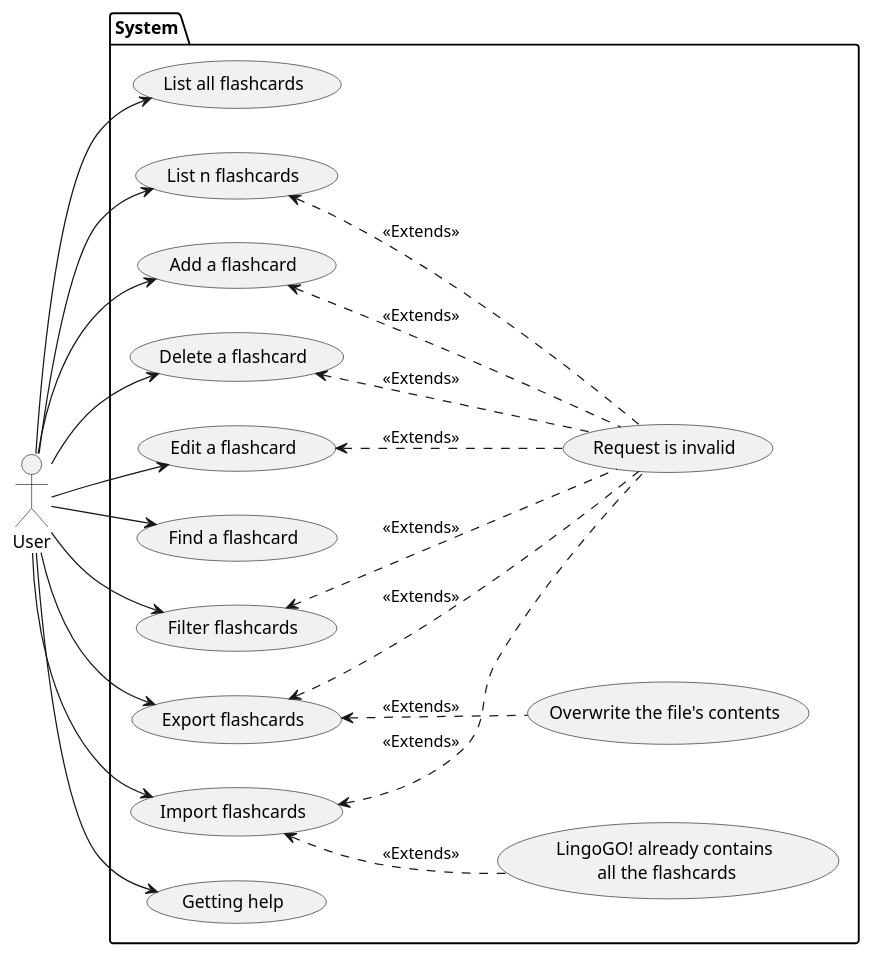
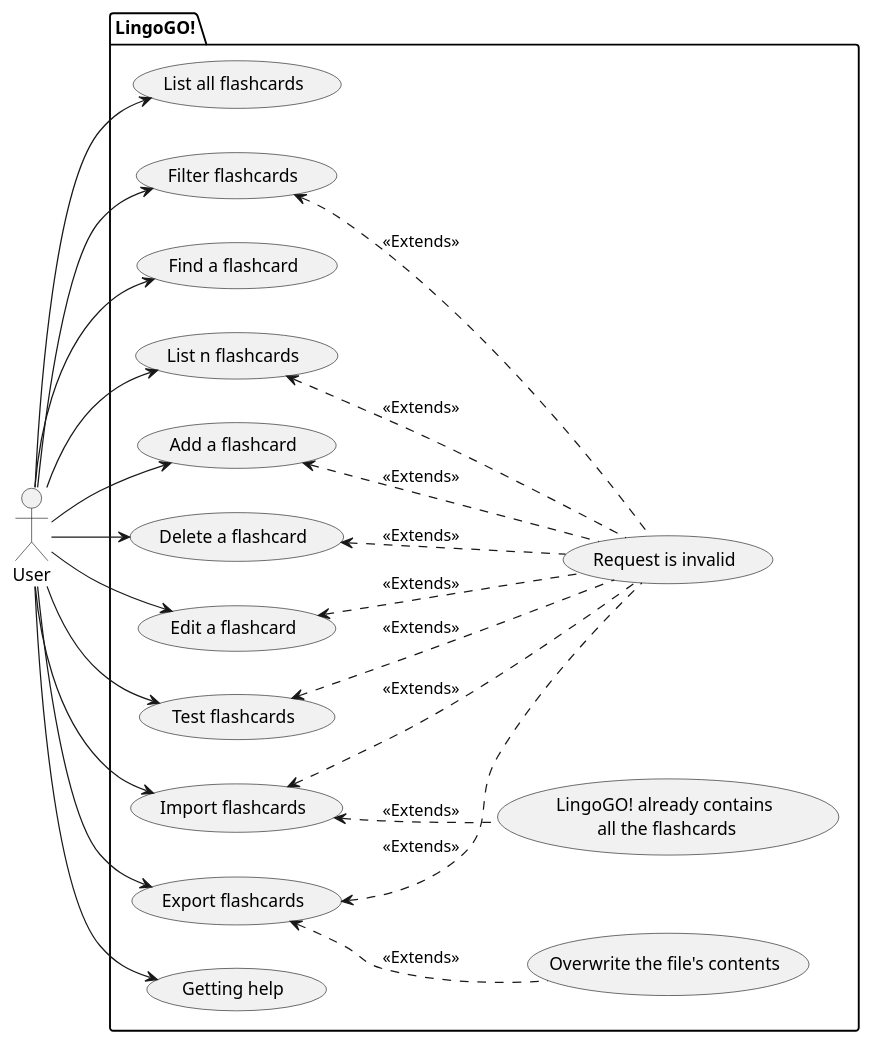
One commit to sharmainec/tp changed the diagram in docs/diagrams/UseCaseDiagram.puml. Above: the diagram before and after it, drawn with PlantUML. The commit also changed 2 other files, not shown here.

Commit message:
Edit use case diagram and preamble

```diff
--- a/docs/diagrams/UseCaseDiagram.puml
+++ b/docs/diagrams/UseCaseDiagram.puml
@@ -1,40 +1,44 @@
 @startuml
 left to right direction
 actor User as g
 
-package System {
+package LingoGO! {
   usecase "List all flashcards" as UC1
+  usecase "Filter flashcards" as UC7
+  usecase "Find a flashcard" as UC6
   usecase "List n flashcards" as UC2
   usecase "Add a flashcard" as UC3
   usecase "Delete a flashcard" as UC4
   usecase "Edit a flashcard" as UC5
-  usecase "Find a flashcard" as UC6
-  usecase "Filter flashcards" as UC7
+  usecase "Test flashcards" as UC14
   usecase "Import flashcards" as UC8
   usecase "Export flashcards" as UC9
   usecase "Request is invalid" as UC10
   usecase "LingoGO! already contains\n all the flashcards" as UC11
   usecase "Overwrite the file's contents" as UC12
   usecase "Getting help" as UC13
 }
 
 g --> UC1
 g --> UC2
 g --> UC3
 g --> UC4
 g --> UC5
 g --> UC6
 g --> UC7
 g --> UC8
 g --> UC9
 g --> UC13
+g --> UC14
+
 UC2 <.. UC10 : <<Extends>>
 UC3 <.. UC10 : <<Extends>>
 UC4 <.. UC10 : <<Extends>>
 UC5 <.. UC10 : <<Extends>>
 UC7 <.. UC10 : <<Extends>>
 UC8 <.. UC10 : <<Extends>>
 UC8 <.. UC11 : <<Extends>>
 UC9 <.. UC10 : <<Extends>>
 UC9 <.. UC12 : <<Extends>>
+UC14 <.. UC10 : <<Extends>>
 @enduml
```
